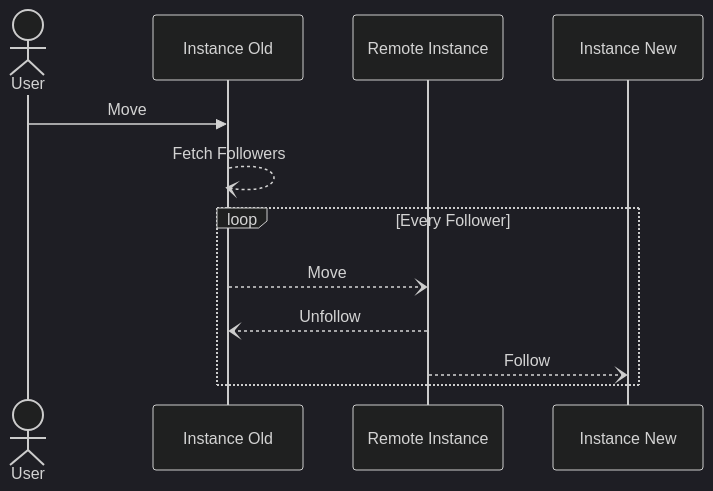
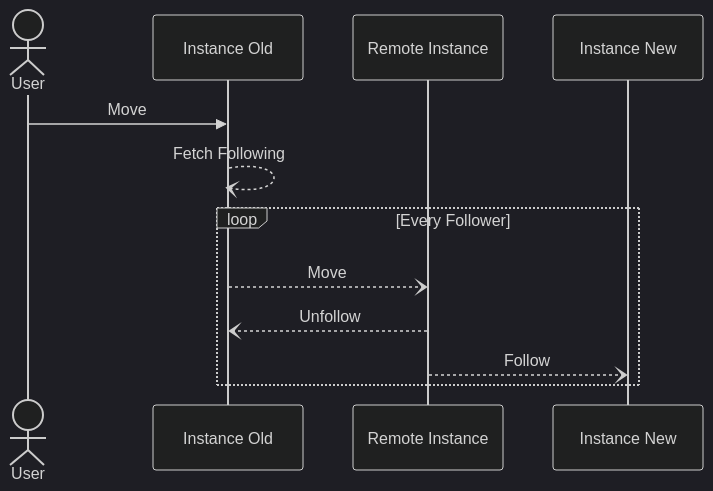
One commit to boyter/activitypub changed the diagram in move-post.md. Above: the diagram before and after it, drawn with Mermaid (dark theme).

````diff
--- a/move-post.md
+++ b/move-post.md
@@ -23,11 +23,11 @@
 ```mermaid
 sequenceDiagram
     actor User
     User->>Instance Old: Move
-    Instance Old--)Instance Old: Fetch Followers
+    Instance Old--)Instance Old: Fetch Following
     loop Every Follower
       Instance Old--)Remote Instance: Move
       Remote Instance--)Instance Old: Unfollow
       Remote Instance--)Instance New: Follow
     end
 ```
````
